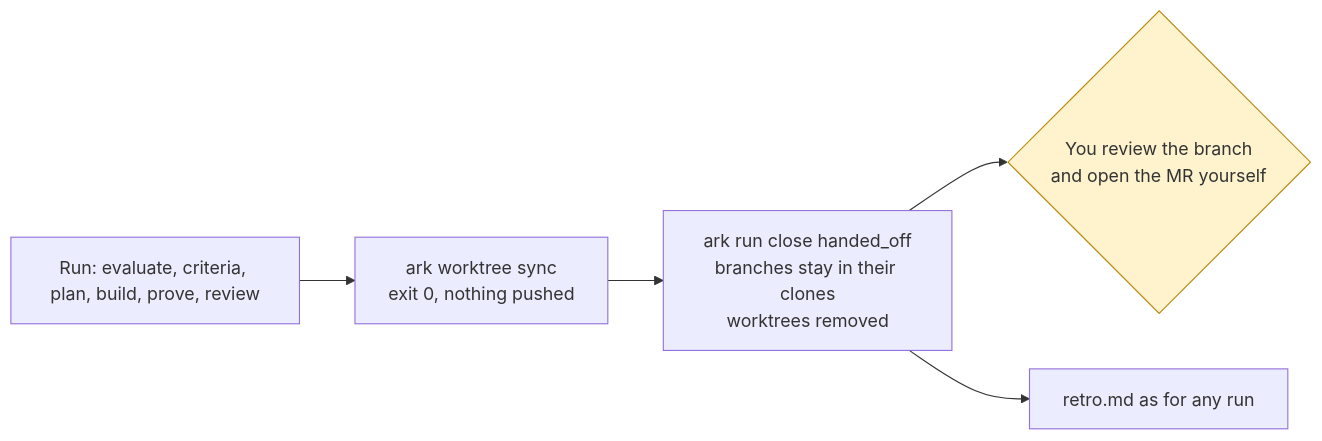
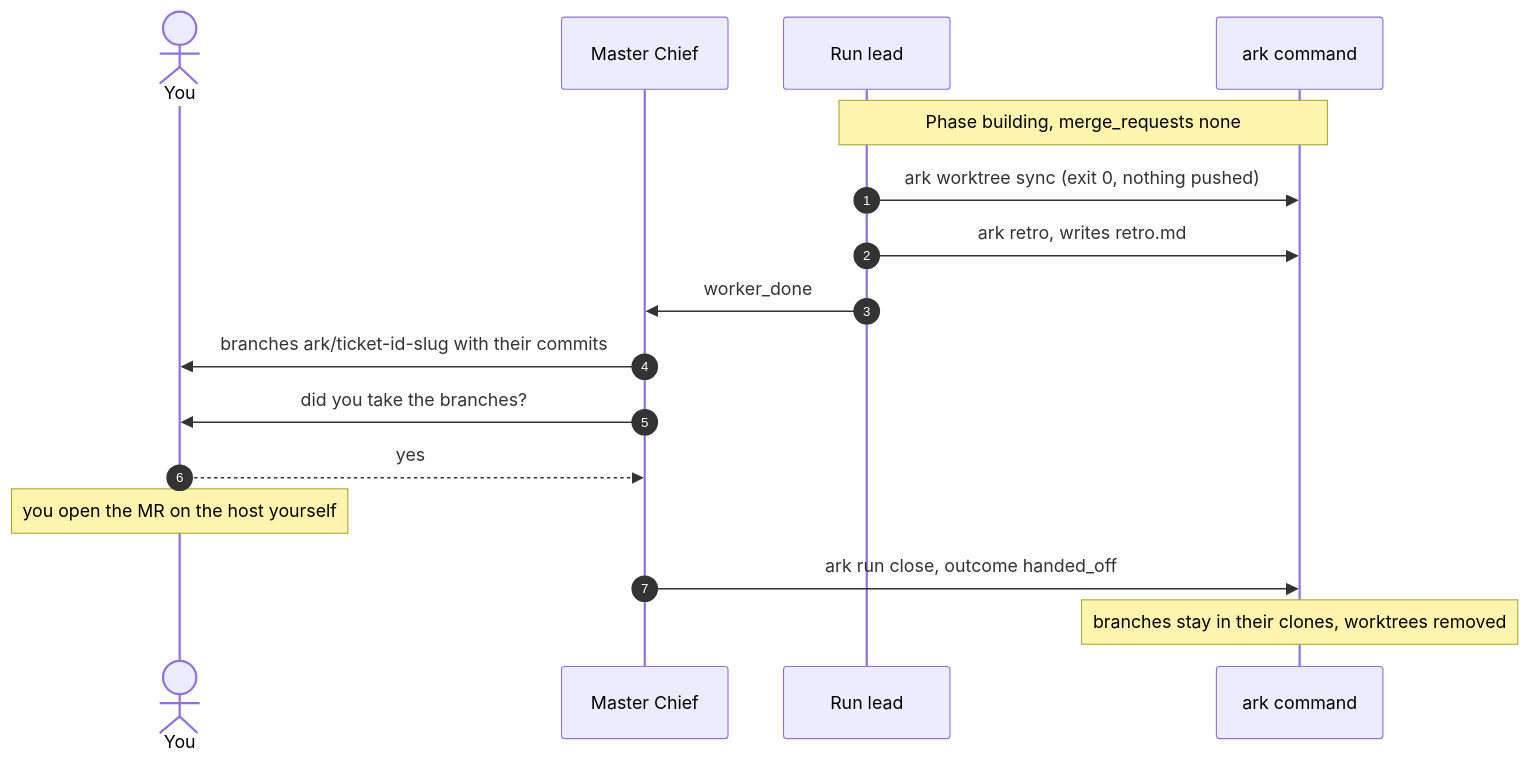
One commit to cobekarhoff/ark changed the third of 3 diagrams in docs/explanation/scenarios.md. Above: the diagram before and after it, drawn with Mermaid. The commit also changed other lines of this file and 36 other files, not shown here.

````diff
--- a/docs/explanation/scenarios.md
+++ b/docs/explanation/scenarios.md
@@ -97,9 +122,18 @@
 ```mermaid
-flowchart LR
-  run[Run: evaluate, criteria, plan, build, prove, review] --> sync[ark worktree sync<br/>exit 0, nothing pushed]
-  sync --> close[ark run close handed_off<br/>branches stay in their clones<br/>worktrees removed]
-  close --> you{You review the branch<br/>and open the MR yourself}
-  close --> retro[retro.md as for any run]
-  classDef g fill:#fff3cd,stroke:#b8860b
-  class you g
+sequenceDiagram
+  autonumber
+  actor You
+  participant MC as Master Chief
+  participant RL as Run lead
+  participant ark as ark command
+  Note over RL,ark: Phase building, merge_requests none
+  RL->>ark: ark worktree sync (exit 0, nothing pushed)
+  RL->>ark: ark retro, writes retro.md
+  RL->>MC: worker_done
+  MC->>You: branches ark/ticket-id-slug with their commits
+  MC->>You: did you take the branches?
+  You-->>MC: yes
+  Note over You: you open the MR on the host yourself
+  MC->>ark: ark run close, outcome handed_off
+  Note over ark: branches stay in their clones, worktrees removed
 ```
````
